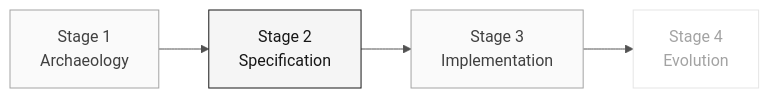
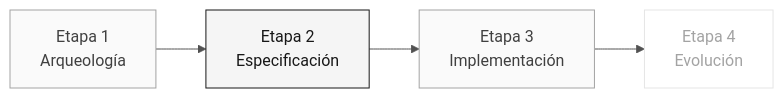
One commit to paulasilvatech/datacorp-sifap-team-kit-pt-br changed the diagram in 05-personas/02-requirements-engineer/PERSONA.md. Above: the diagram before and after it, drawn with Mermaid. The commit also changed other lines of this file and 386 other files, not shown here.

````diff
--- a/05-personas/02-requirements-engineer/PERSONA.md
+++ b/05-personas/02-requirements-engineer/PERSONA.md
@@ -32,11 +32,11 @@
 ```mermaid
 %%{init: {'theme':'neutral','themeVariables':{'fontFamily':'ui-sans-serif, system-ui, sans-serif','primaryColor':'#F5F5F5','primaryTextColor':'#171717','primaryBorderColor':'#171717','lineColor':'#525252','secondaryColor':'#FFFFFF','tertiaryColor':'#FAFAFA','background':'#FFFFFF'}}}%%
 flowchart LR
     classDef active fill:#F5F5F5,stroke:#171717,color:#171717
     classDef support fill:#FAFAFA,stroke:#A3A3A3,color:#404040
     classDef inactive fill:#FFFFFF,stroke:#E5E5E5,color:#A3A3A3
 
-    E1["Stage 1<br/>Archaeology"]:::support --> E2["Stage 2<br/>Specification"]:::active
-    E2 --> E3["Stage 3<br/>Implementation"]:::support
-    E3 --> E4["Stage 4<br/>Evolution"]:::inactive
+    E1["Etapa 1<br/>Arqueología"]:::support --> E2["Etapa 2<br/>Especificación"]:::active
+    E2 --> E3["Etapa 3<br/>Implementación"]:::support
+    E3 --> E4["Etapa 4<br/>Evolución"]:::inactive
 ```
````
